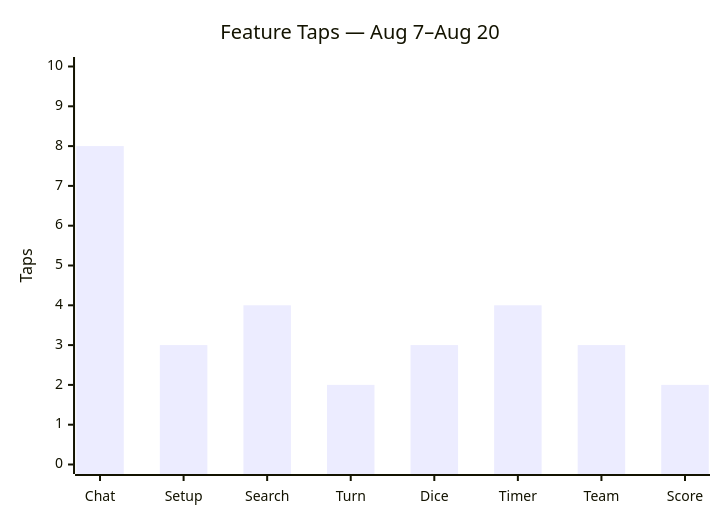
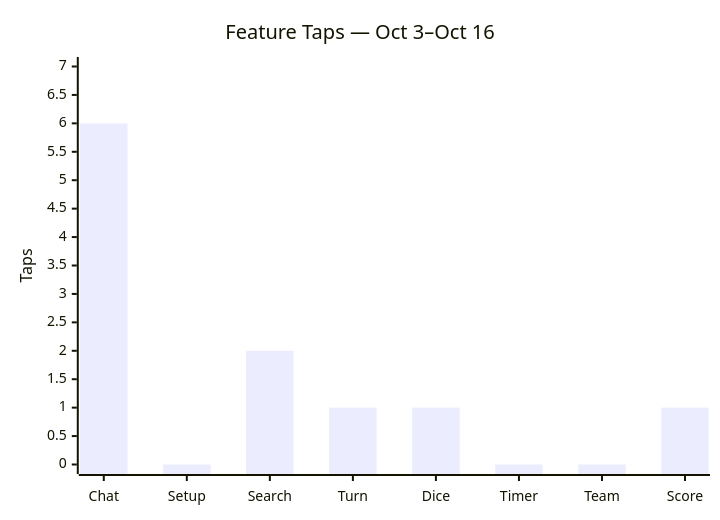
The third of 3 diagrams in docs/telemetry/usage_analytics.md (thrustCoder/gamer-uncle), drawn with Mermaid before and after one commit. The commit also changed other lines of this file and 13 other files, not shown here.

````diff
--- a/docs/telemetry/usage_analytics.md
+++ b/docs/telemetry/usage_analytics.md
@@ -172,7 +181,7 @@
 ```mermaid
 xychart-beta
-    title "Feature Taps — Aug 7–Aug 20"
+    title "Feature Taps — Oct 3–Oct 16"
     x-axis ["Chat", "Setup", "Search", "Turn", "Dice", "Timer", "Team", "Score"]
-    y-axis "Taps" 0 --> 10
-    bar [8, 3, 4, 2, 3, 4, 3, 2]
+    y-axis "Taps" 0 --> 7
+    bar [6, 0, 2, 1, 1, 0, 0, 1]
 ```
````
